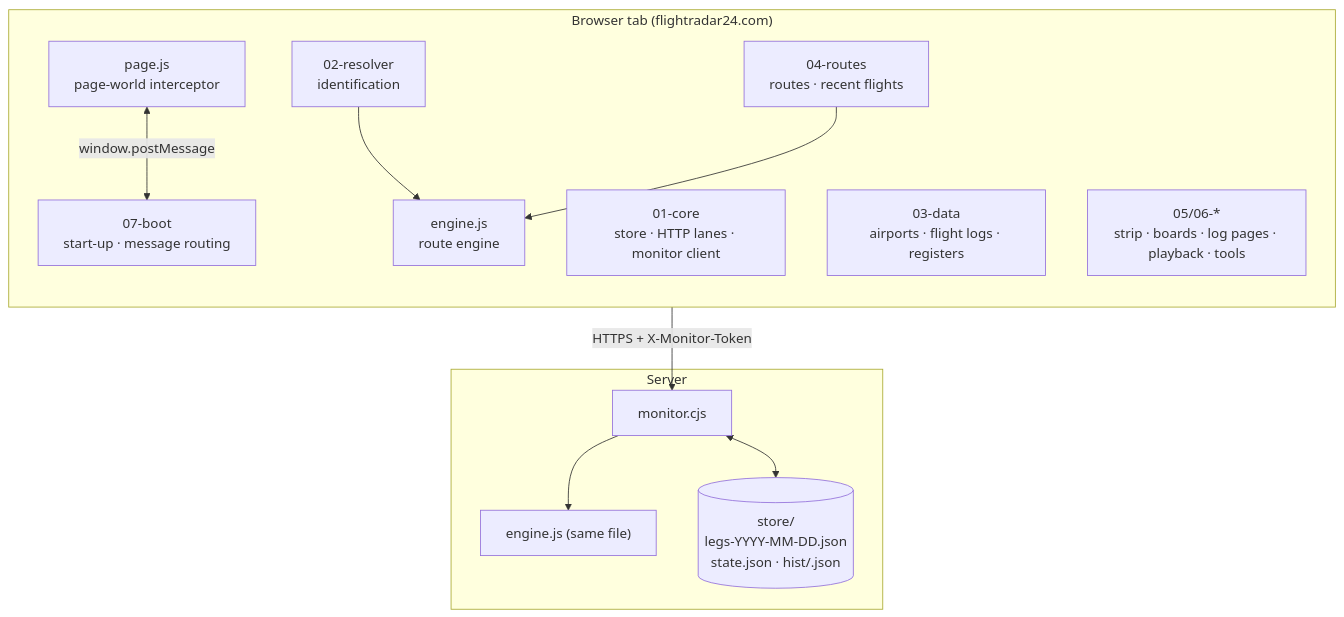
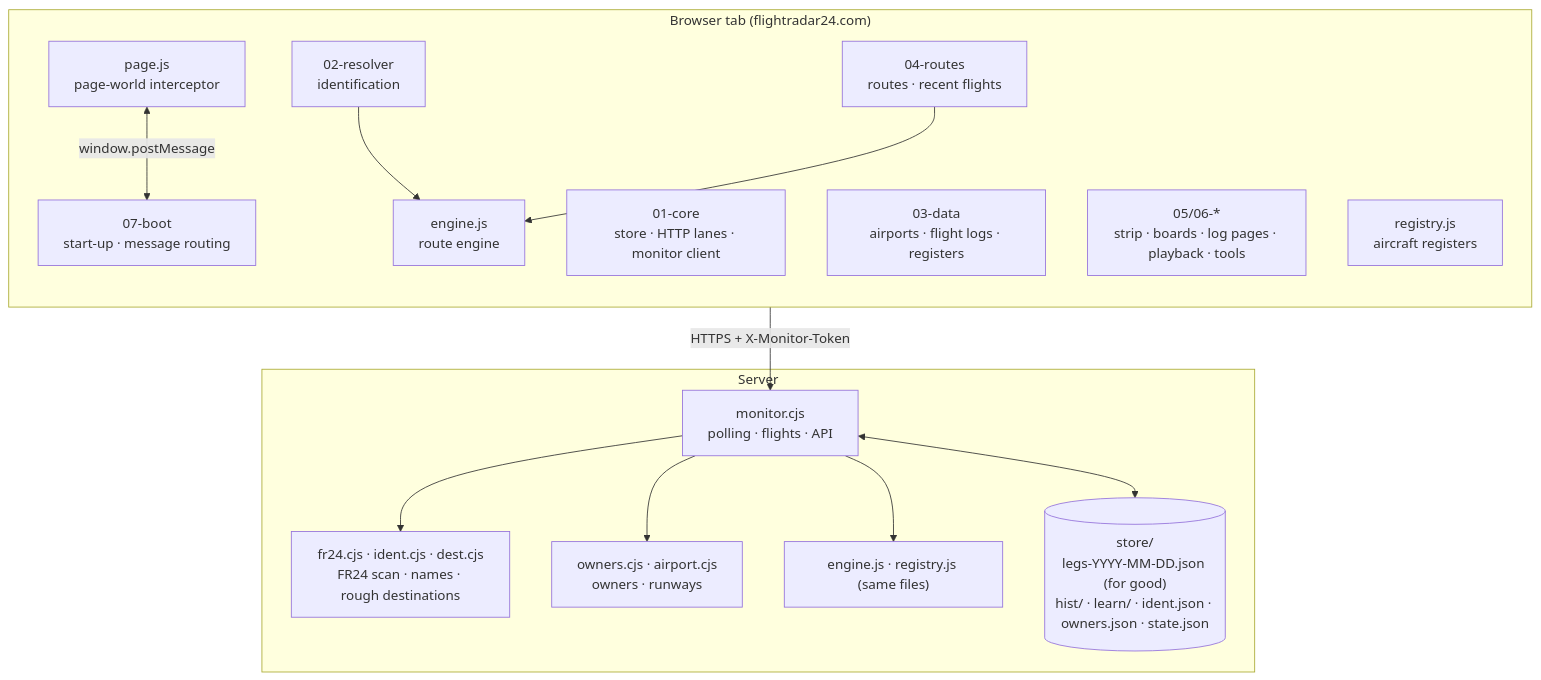
The first of 3 diagrams in docs/architecture.md (FinlayC1/fr24-ladd-unblocker), drawn with Mermaid before and after one commit. The commit also changed other lines of this file and 57 other files, not shown here.

````diff
--- a/docs/architecture.md
+++ b/docs/architecture.md
@@ -28,25 +29,30 @@
 ```mermaid
 flowchart TB
   subgraph browser["Browser tab (flightradar24.com)"]
     direction TB
     page["page.js<br/>page-world interceptor"]
     core["01-core<br/>store · HTTP lanes · monitor client"]
     res["02-resolver<br/>identification"]
     data["03-data<br/>airports · flight logs · registers"]
     routes["04-routes<br/>routes · recent flights"]
     ui["05/06-*<br/>strip · boards · log pages · playback · tools"]
     boot["07-boot<br/>start-up · message routing"]
     eng["engine.js<br/>route engine"]
+    reg["registry.js<br/>aircraft registers"]
   end
   subgraph server["Server"]
-    mon["monitor.cjs"]
-    eng2["engine.js (same file)"]
-    store[("store/<br/>legs-YYYY-MM-DD.json<br/>state.json · hist/<hex>.json")]
+    mon["monitor.cjs<br/>polling · flights · API"]
+    fr["fr24.cjs · ident.cjs · dest.cjs<br/>FR24 scan · names · rough destinations"]
+    own["owners.cjs · airport.cjs<br/>owners · runways"]
+    eng2["engine.js · registry.js (same files)"]
+    store[("store/<br/>legs-YYYY-MM-DD.json (for good)<br/>hist/ · learn/ · ident.json · owners.json · state.json")]
   end
   page <-- "window.postMessage" --> boot
   res --> eng
   routes --> eng
   core -- "HTTPS + X-Monitor-Token" --> mon
+  mon --> fr
+  mon --> own
   mon --> eng2
   mon <--> store
 ```
````
